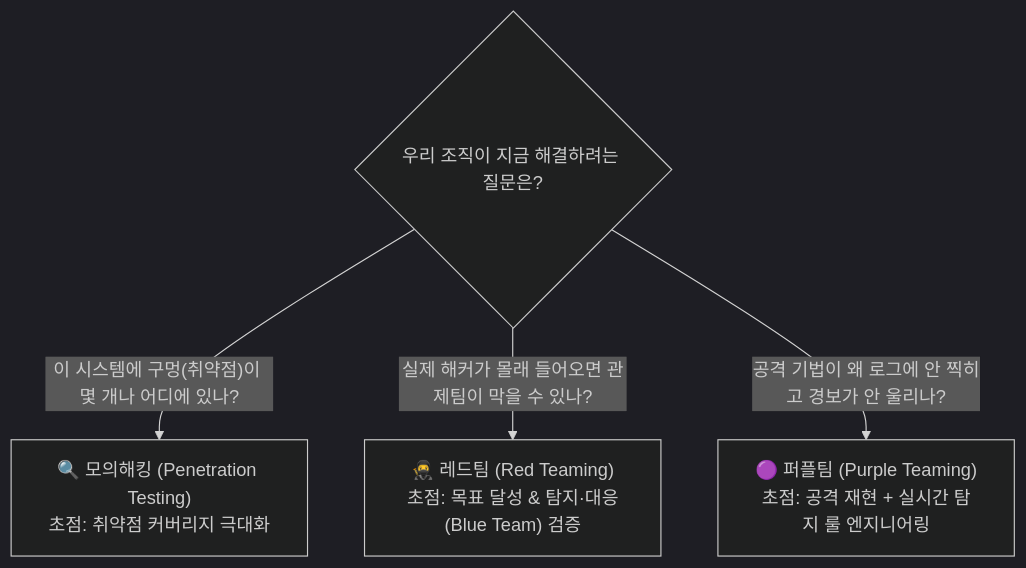
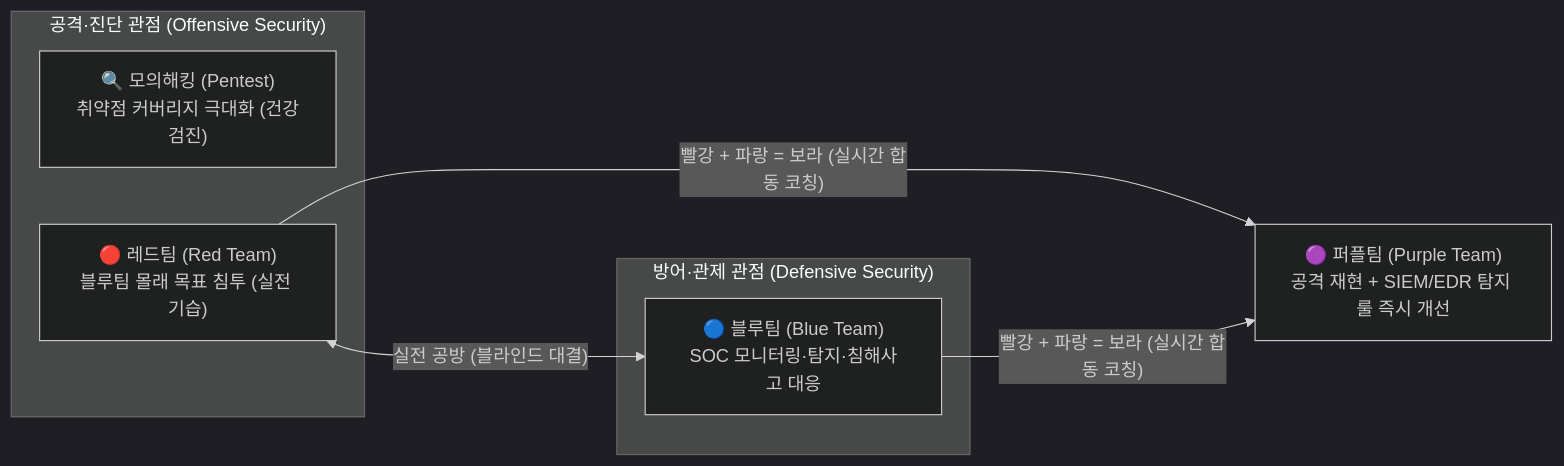
Before and after one commit to gooyong-sec/gooyong-sec.github.io: the first of 2 diagrams in content/모의해킹 기초/모의해킹 vs 레드팀 vs 퍼플팀 — 목적·접근방식·산출물로 구분하기.md, drawn with Mermaid (dark theme). The commit also changed other lines of this file and 68 other files, not shown here.

````diff
--- a/content/모의해킹 기초/모의해킹 vs 레드팀 vs 퍼플팀 — 목적·접근방식·산출물로 구분하기.md
+++ b/content/모의해킹 기초/모의해킹 vs 레드팀 vs 퍼플팀 — 목적·접근방식·산출물로 구분하기.md
@@ -19,7 +19,12 @@
 ```mermaid
-flowchart TD
-    Q{"우리 조직이 지금 해결하려는 질문은?"}
-    Q -->|"이 시스템에 구멍(취약점)이 몇 개나 어디에 있나?"| PT["🔍 모의해킹 (Penetration Testing)<br/>초점: 취약점 커버리지 극대화"]
-    Q -->|"실제 해커가 몰래 들어오면 관제팀이 막을 수 있나?"| RT["🥷 레드팀 (Red Teaming)<br/>초점: 목표 달성 & 탐지·대응(Blue Team) 검증"]
-    Q -->|"공격 기법이 왜 로그에 안 찍히고 경보가 안 울리나?"| PPT["🟣 퍼플팀 (Purple Teaming)<br/>초점: 공격 재현 + 실시간 탐지 룰 엔지니어링"]
+flowchart LR
+    subgraph Offense["공격·진단 관점 (Offensive Security)"]
+        PT["🔍 모의해킹 (Pentest)<br/>취약점 커버리지 극대화 (건강검진)"]
+        RT["🔴 레드팀 (Red Team)<br/>블루팀 몰래 목표 침투 (실전 기습)"]
+    end
+    subgraph Defense["방어·관제 관점 (Defensive Security)"]
+        BT["🔵 블루팀 (Blue Team)<br/>SOC 모니터링·탐지·침해사고 대응"]
+    end
+    RT <-->|"실전 공방 (블라인드 대결)"| BT
+    RT & BT -->|"빨강 + 파랑 = 보라 (실시간 합동 코칭)"| PPT["🟣 퍼플팀 (Purple Team)<br/>공격 재현 + SIEM/EDR 탐지 룰 즉시 개선"]
 ```
````
